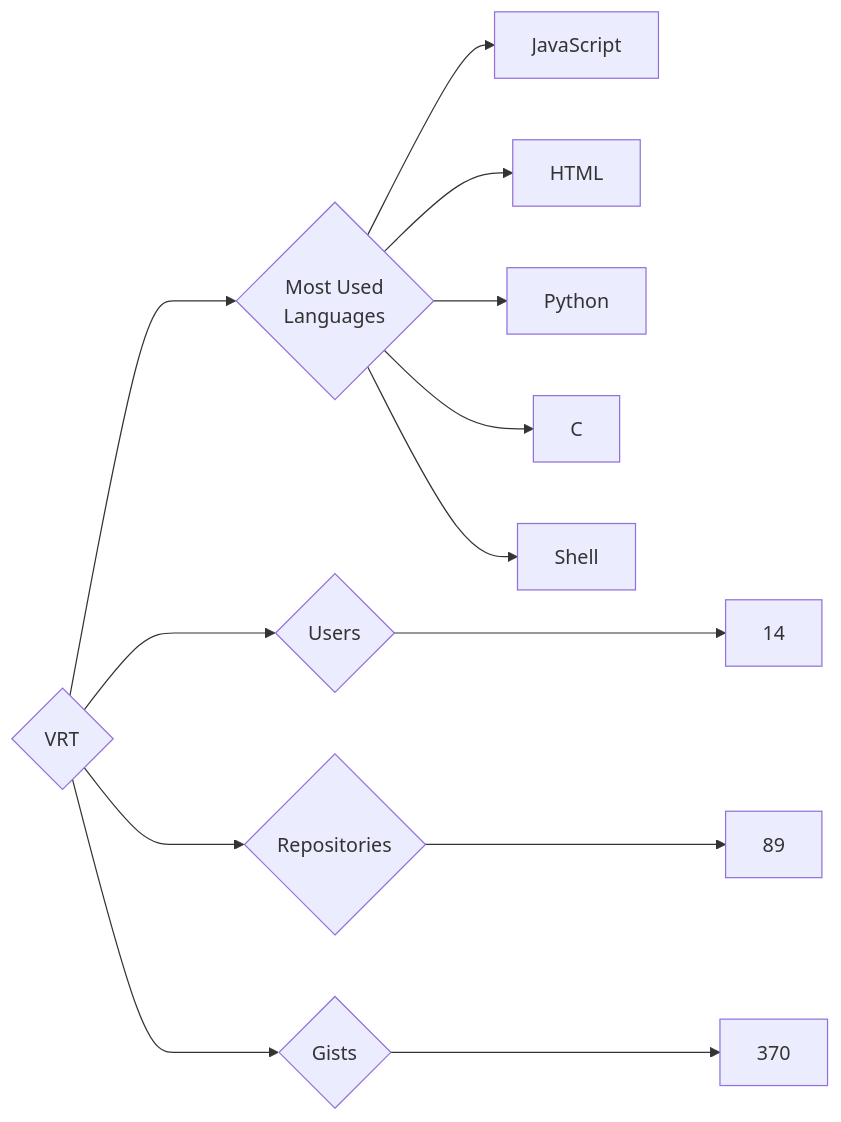
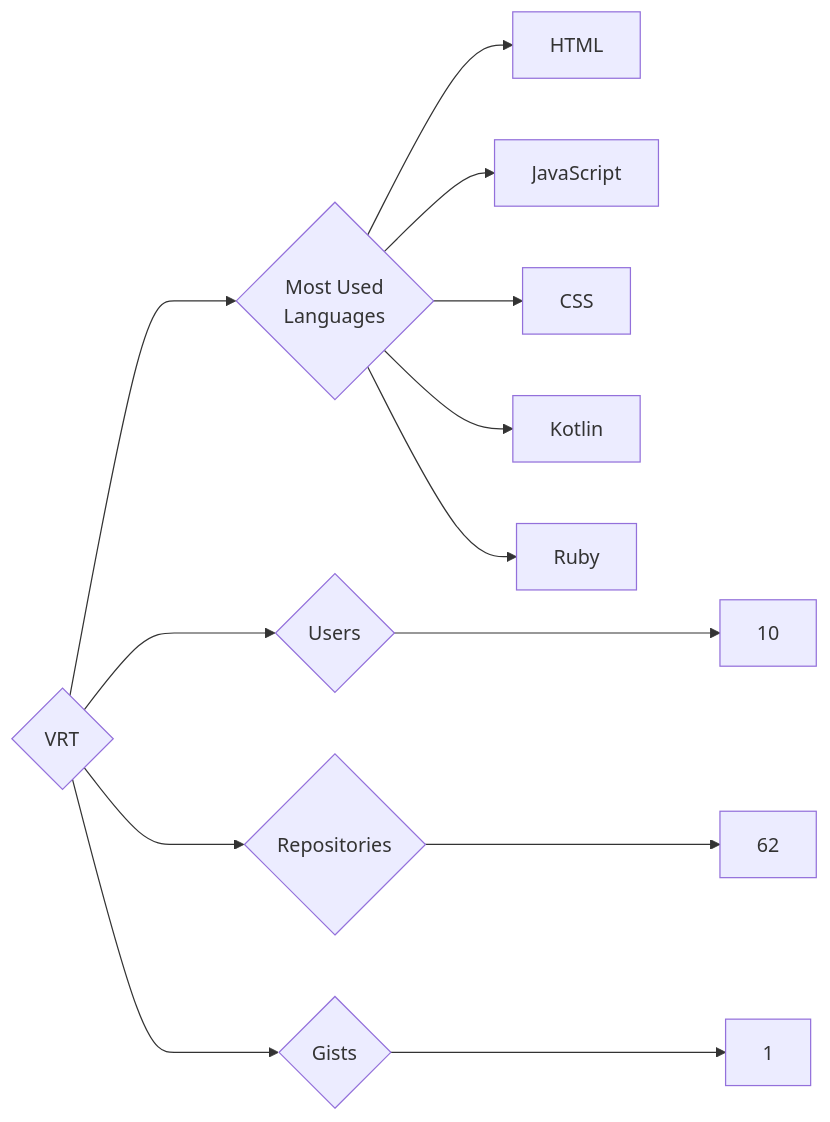
Before and after one commit to trickest/insiders: the diagram in targets/VRT/README.md, drawn with Mermaid. The commit also changed 695 other files, not shown here.

````diff
--- a/targets/VRT/README.md
+++ b/targets/VRT/README.md
@@ -3,13 +3,13 @@
 ```mermaid
 graph LR
 COMPANY_NAME{VRT}
-COMPANY_NAME ---> U{Users} ---> UN[14]
-COMPANY_NAME ---> R{Repositories} ---> RN[89]
-COMPANY_NAME ---> G{Gists} ---> GN[370]
+COMPANY_NAME ---> U{Users} ---> UN[10]
+COMPANY_NAME ---> R{Repositories} ---> RN[62]
+COMPANY_NAME ---> G{Gists} ---> GN[1]
 COMPANY_NAME ---> ML{Most Used<br>Languages}
+ML --> HTML[HTML]
 ML --> JavaScript[JavaScript]
-ML --> HTML[HTML]
-ML --> Python[Python]
-ML --> C[C]
-ML --> Shell[Shell]
+ML --> CSS[CSS]
+ML --> Kotlin[Kotlin]
+ML --> Ruby[Ruby]
 ```
````
